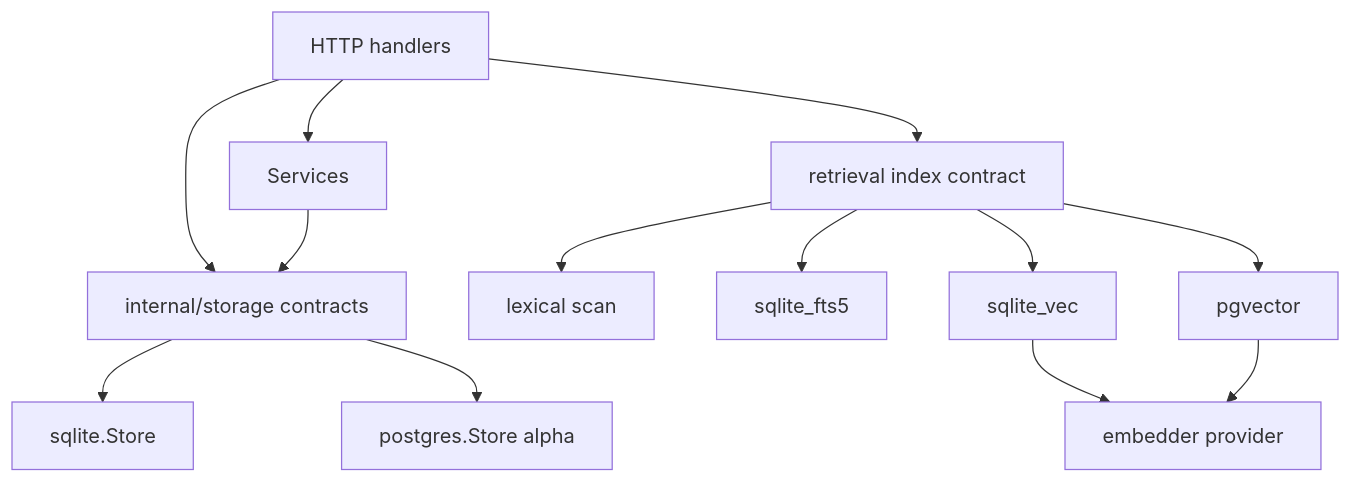
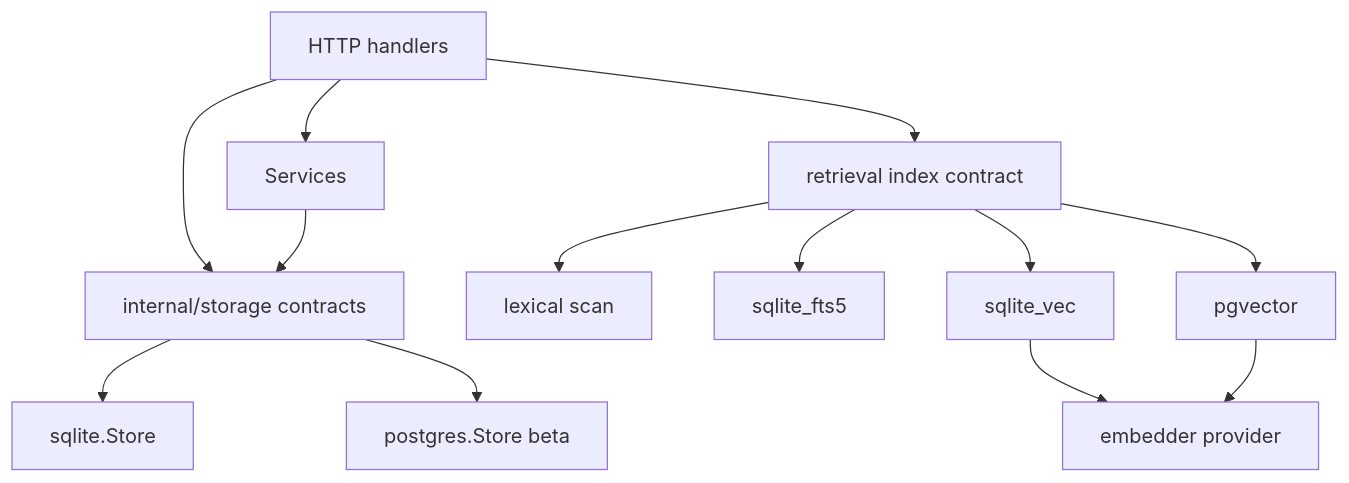
Before and after one commit to avelrl/llama_shim: the second of 2 diagrams in docs/v3-storage-retrieval-backends.md, drawn with Mermaid. The commit also changed other lines of this file and 12 other files, not shown here.

Commit message:
Add Postgres durable state storage beta

````diff
--- a/docs/v3-storage-retrieval-backends.md
+++ b/docs/v3-storage-retrieval-backends.md
@@ -102,28 +112,28 @@
 ```mermaid
 flowchart TB
   routes["HTTP handlers"]
   services["Services"]
   storageContracts["internal/storage contracts"]
   sqliteStore["sqlite.Store"]
-  pgStore["postgres.Store alpha"]
+  pgStore["postgres.Store beta"]
   retrievalIndex["retrieval index contract"]
   lexical["lexical scan"]
   fts5["sqlite_fts5"]
   sqliteVec["sqlite_vec"]
   pgVector["pgvector"]
   embedder["embedder provider"]
 
   routes --> services
   routes --> storageContracts
   services --> storageContracts
   storageContracts --> sqliteStore
   storageContracts --> pgStore
 
   routes --> retrievalIndex
   retrievalIndex --> lexical
   retrievalIndex --> fts5
   retrievalIndex --> sqliteVec
   retrievalIndex --> pgVector
   sqliteVec --> embedder
   pgVector --> embedder
 ```
````
